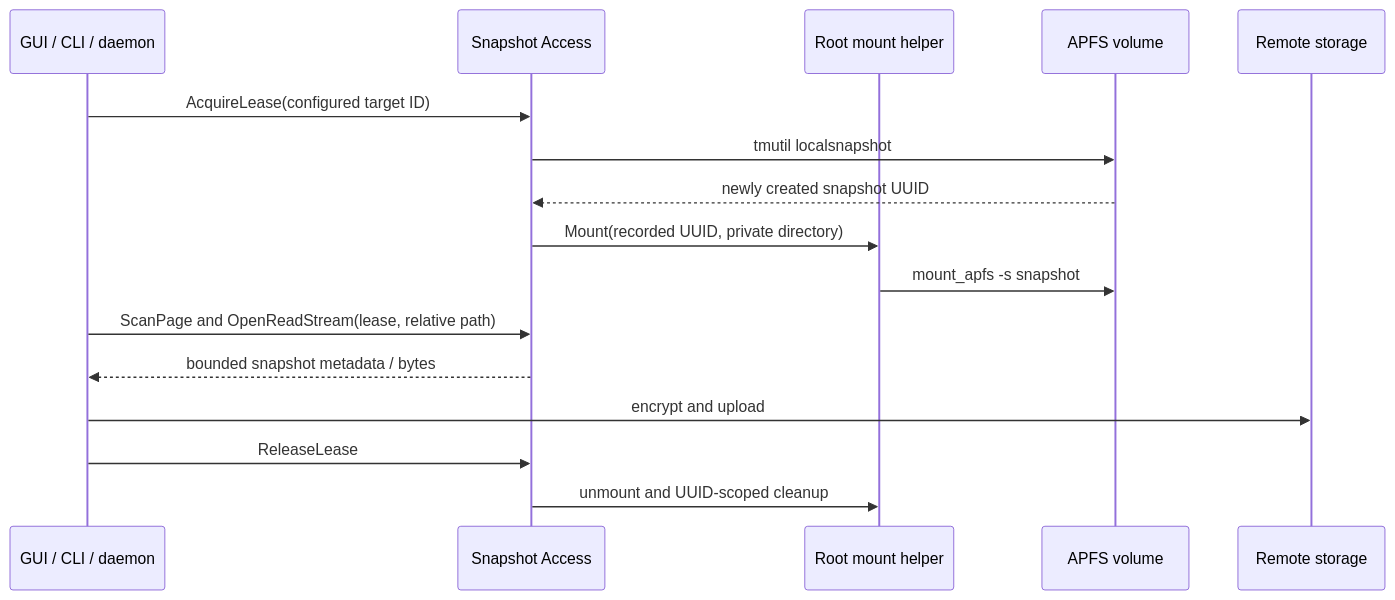
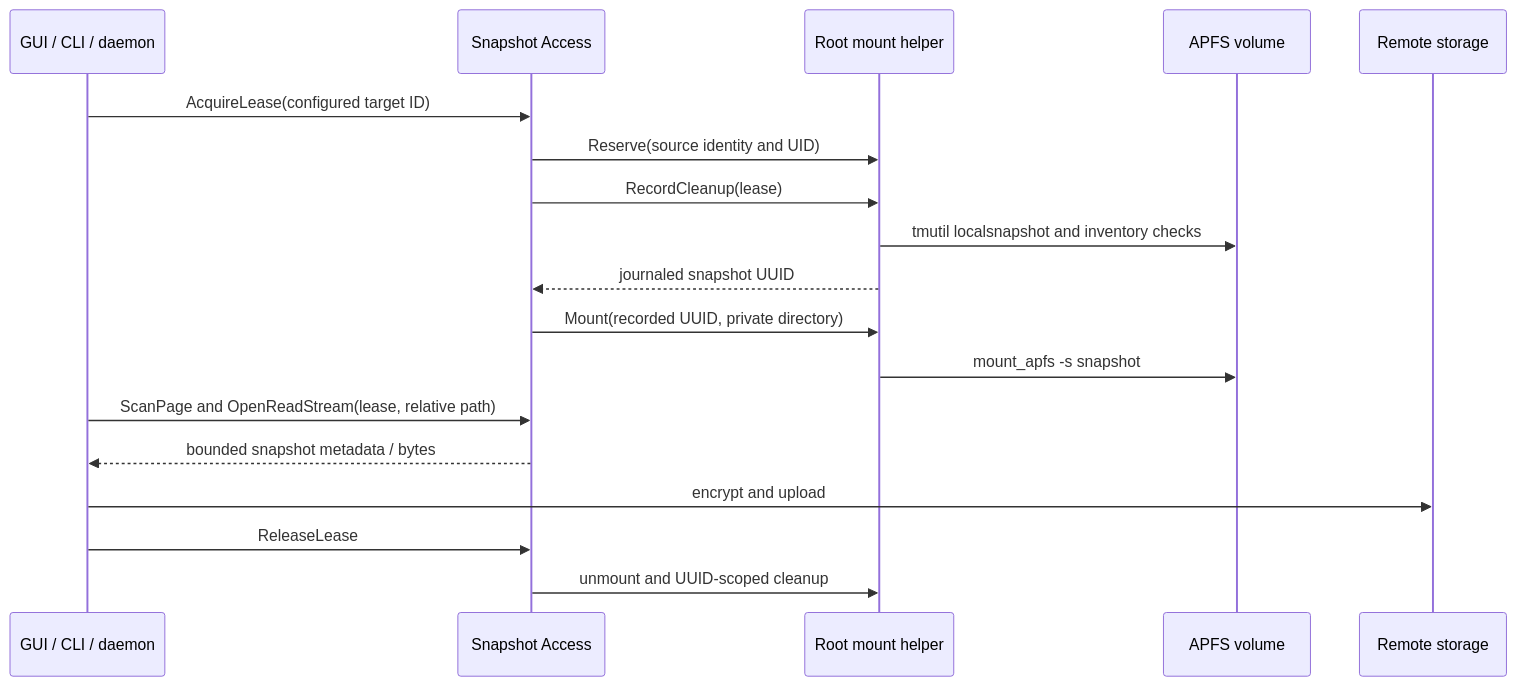
One commit to IvanLi-CN/televy-backup changed the diagram in docs/solutions/macos/apfs-snapshot-strict-backup.md. Above: the diagram before and after it, drawn with Mermaid. The commit also changed other lines of this file and 11 other files, not shown here.

First line of the commit message:
fix(snapshot): resolve source volumes through pinned directory metadata

````diff
--- a/docs/solutions/macos/apfs-snapshot-strict-backup.md
+++ b/docs/solutions/macos/apfs-snapshot-strict-backup.md
@@ -66,19 +65,21 @@
 ```mermaid
 sequenceDiagram
     participant D as GUI / CLI / daemon
     participant A as Snapshot Access
     participant H as Root mount helper
     participant V as APFS volume
     participant S as Remote storage
 
     D->>A: AcquireLease(configured target ID)
-    A->>V: tmutil localsnapshot
-    V-->>A: newly created snapshot UUID
+    A->>H: Reserve(source identity and UID)
+    A->>H: RecordCleanup(lease)
+    H->>V: tmutil localsnapshot and inventory checks
+    H-->>A: journaled snapshot UUID
     A->>H: Mount(recorded UUID, private directory)
     H->>V: mount_apfs -s snapshot
     D->>A: ScanPage and OpenReadStream(lease, relative path)
     A-->>D: bounded snapshot metadata / bytes
     D->>S: encrypt and upload
     D->>A: ReleaseLease
     A->>H: unmount and UUID-scoped cleanup
 ```
````
